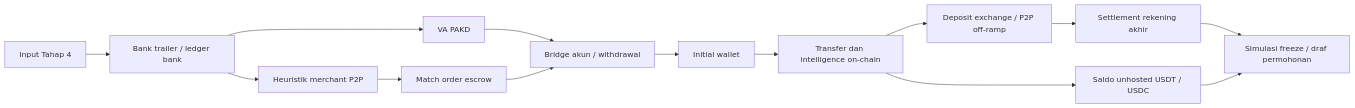
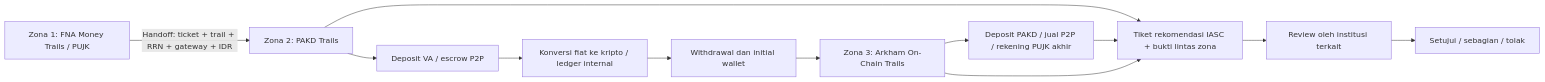
One commit to cesartputra/crypto-trails changed the diagram in README.md. Above: the diagram before and after it, drawn with Mermaid. The commit also changed other lines of this file and 16 other files, not shown here.

First line of the commit message:
Refactor FNA handoff, PAKD trails and institution-owned freeze decisions

````diff
--- a/README.md
+++ b/README.md
@@ -52,16 +27,14 @@
 ```mermaid
 flowchart LR
-  A[Input Tahap 4] --> B[Bank trailer / ledger bank]
-  B --> C[VA PAKD]
-  B --> D[Heuristik merchant P2P]
-  C --> E[Bridge akun / withdrawal]
-  D --> F[Match order escrow]
-  F --> E
-  E --> G[Initial wallet]
-  G --> H[Transfer dan intelligence on-chain]
-  H --> I[Deposit exchange / P2P off-ramp]
-  I --> J[Settlement rekening akhir]
-  H --> K[Saldo unhosted USDT / USDC]
-  J --> L[Simulasi freeze / draf permohonan]
-  K --> L
+  F[Zona 1: FNA Money Trails / PUJK] -->|Handoff: ticket + trail + RRN + gateway + IDR| P
+  P[Zona 2: PAKD Trails] --> D[Deposit VA / escrow P2P]
+  D --> C[Konversi fiat ke kripto / ledger internal]
+  C --> W[Withdrawal dan initial wallet]
+  W --> A[Zona 3: Arkham On-Chain Trails]
+  A --> X[Deposit PAKD / jual P2P / rekening PUJK akhir]
+  P --> G[Tiket rekomendasi IASC + bukti lintas zona]
+  X --> G
+  A --> G
+  G --> I[Review oleh institusi terkait]
+  I --> Y[Setujui / sebagian / tolak]
 ```
````
